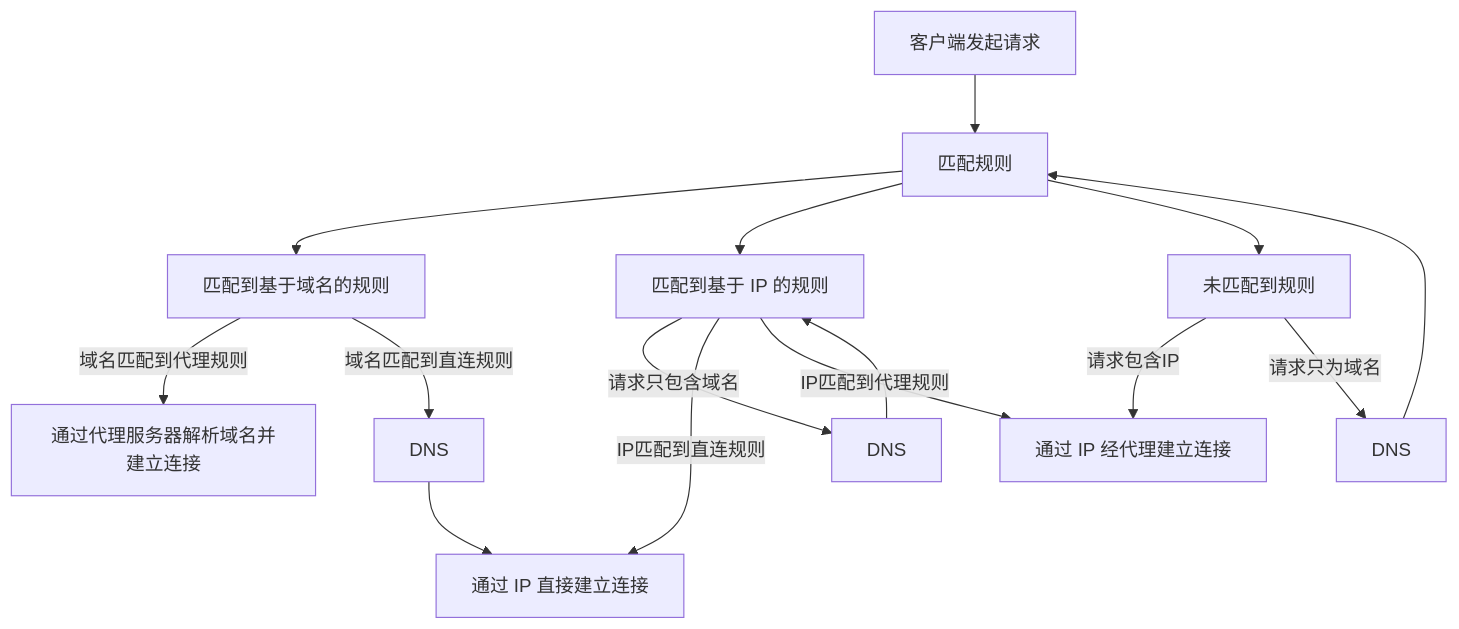
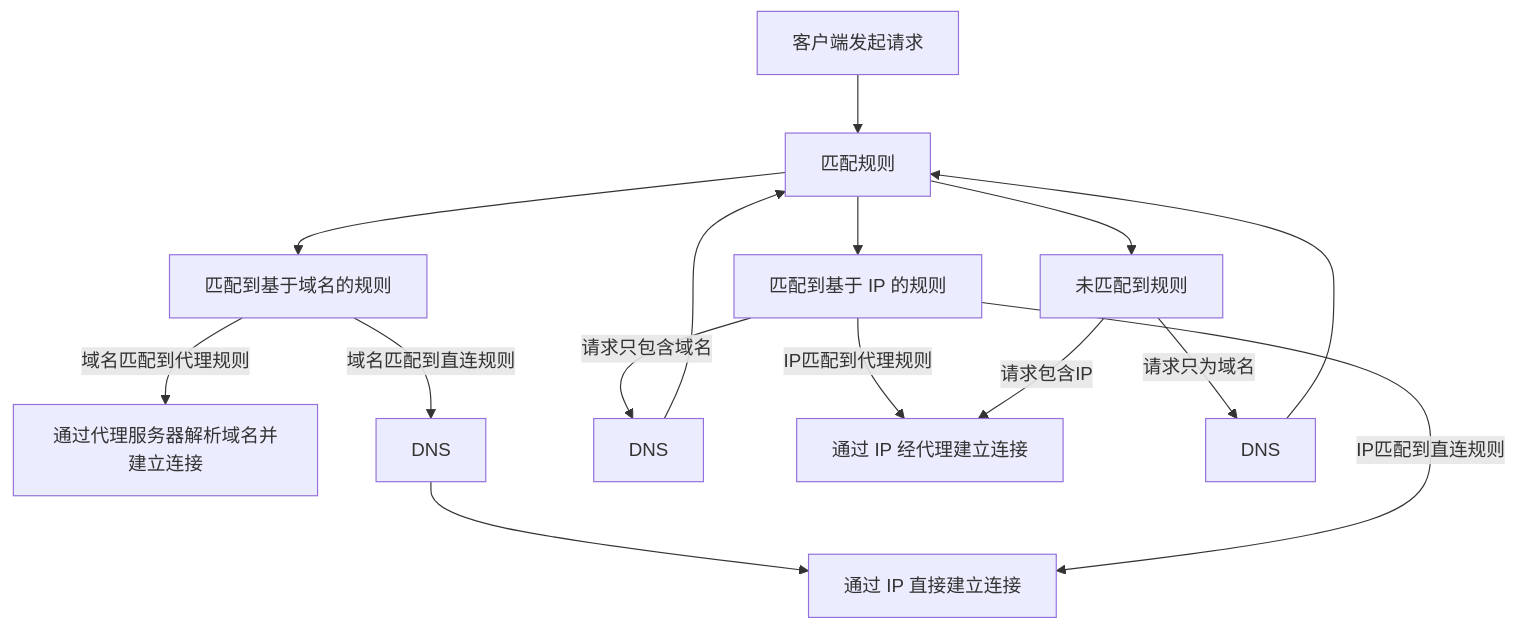
Before and after one commit to Jishi0/sub-rule: the first of 2 diagrams in mihomoDNS解析流程.md, drawn with Mermaid.

````diff
--- a/mihomoDNS解析流程.md
+++ b/mihomoDNS解析流程.md
@@ -2,21 +2,21 @@
 ```mermaid
 flowchart TD
   Start[客户端发起请求] --> rule[匹配规则]
   rule --> Domain[匹配到基于域名的规则]
   rule --> IP[匹配到基于 IP 的规则]
   rule --> null[未匹配到规则]
 
   Domain --> |域名匹配到代理规则|Remote[通过代理服务器解析域名并建立连接]
   Domain --> |域名匹配到直连规则|DNS1[DNS]
   DNS1 --> Direct[通过 IP 直接建立连接]
 
   IP --> |请求只包含域名|DNS2[DNS]
-  DNS2 --> IP
+  DNS2 --> rule
   IP --> |IP匹配到直连规则|Direct
   IP --> |IP匹配到代理规则|Proxy[通过 IP 经代理建立连接]
 
   null --> |请求包含IP|Proxy
   null --> |请求只为域名|DNS3[DNS]
   DNS3 --> rule
 
 ```
````
